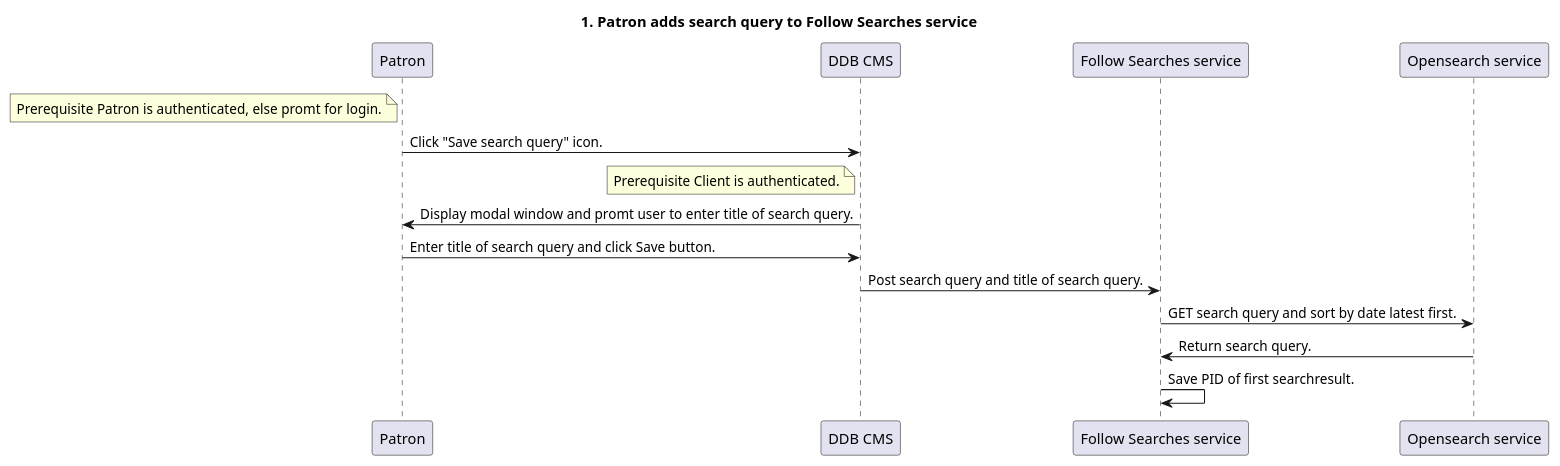
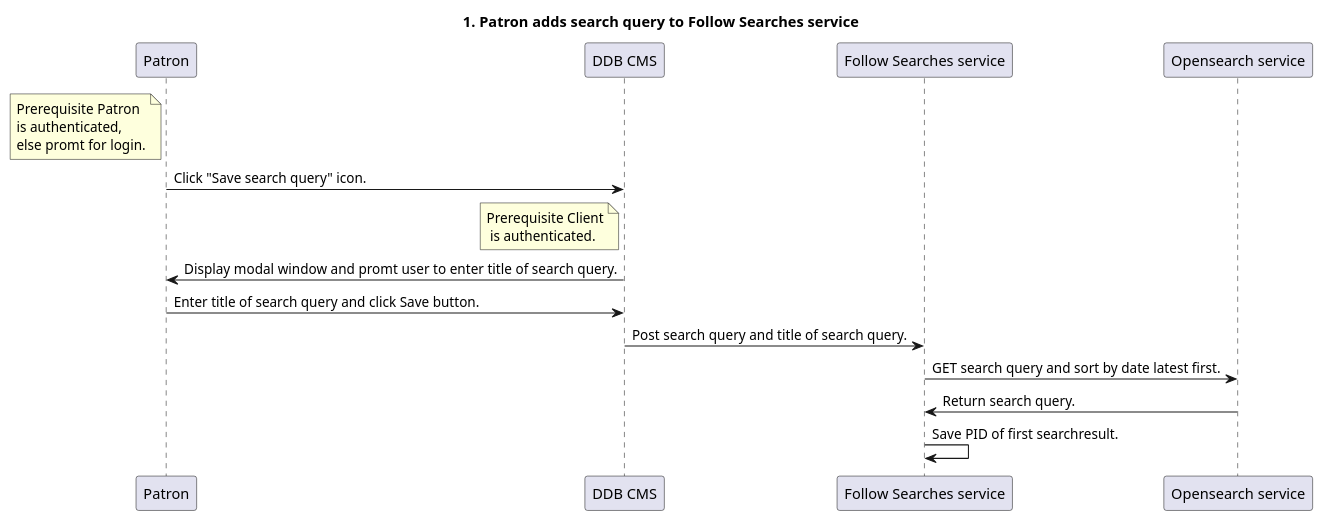
Before and after one commit to rolfmadsen/rolfmadsen.github.com: the first of 4 diagrams in plantuml/diagrams_openlist_follow-searches.puml, drawn with PlantUML. The commit also changed other lines of this file, not shown here.

Commit message:
Fixes to PlantUML notes for multiple lines.

```diff
--- a/plantuml/diagrams_openlist_follow-searches.puml
+++ b/plantuml/diagrams_openlist_follow-searches.puml
@@ -1,17 +1,26 @@
 @startuml
  
     Title: 1. Patron adds search query to Follow Searches service
 
-            Note left of Patron: Prerequisite Patron is authenticated, else promt for login.
+            Note left of Patron
+            Prerequisite Patron
+            is authenticated,
+            else promt for login.
+            end note
+
             "Patron"->"DDB CMS": Click "Save search query" icon.
 
-            Note left of "DDB CMS": Prerequisite Client is authenticated.
+            Note left of "DDB CMS"
+                Prerequisite Client
+                 is authenticated.
+            end note
+            
             "DDB CMS"->"Patron": Display modal window and promt user to enter title of search query.
 
             "Patron"->"DDB CMS": Enter title of search query and click Save button.
             "DDB CMS"->"Follow Searches service": Post search query and title of search query.
             "Follow Searches service"->"Opensearch service": GET search query and sort by date latest first.
             "Opensearch service"->"Follow Searches service": Return search query.
             "Follow Searches service"->"Follow Searches service": Save PID of first searchresult.
             
 @enduml
```
